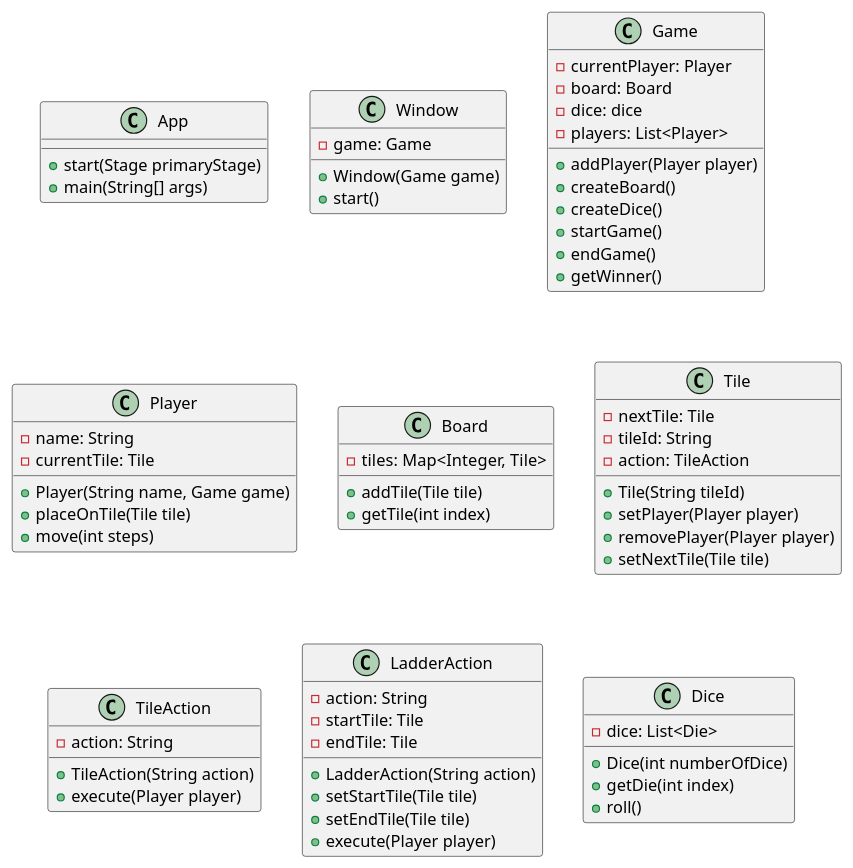
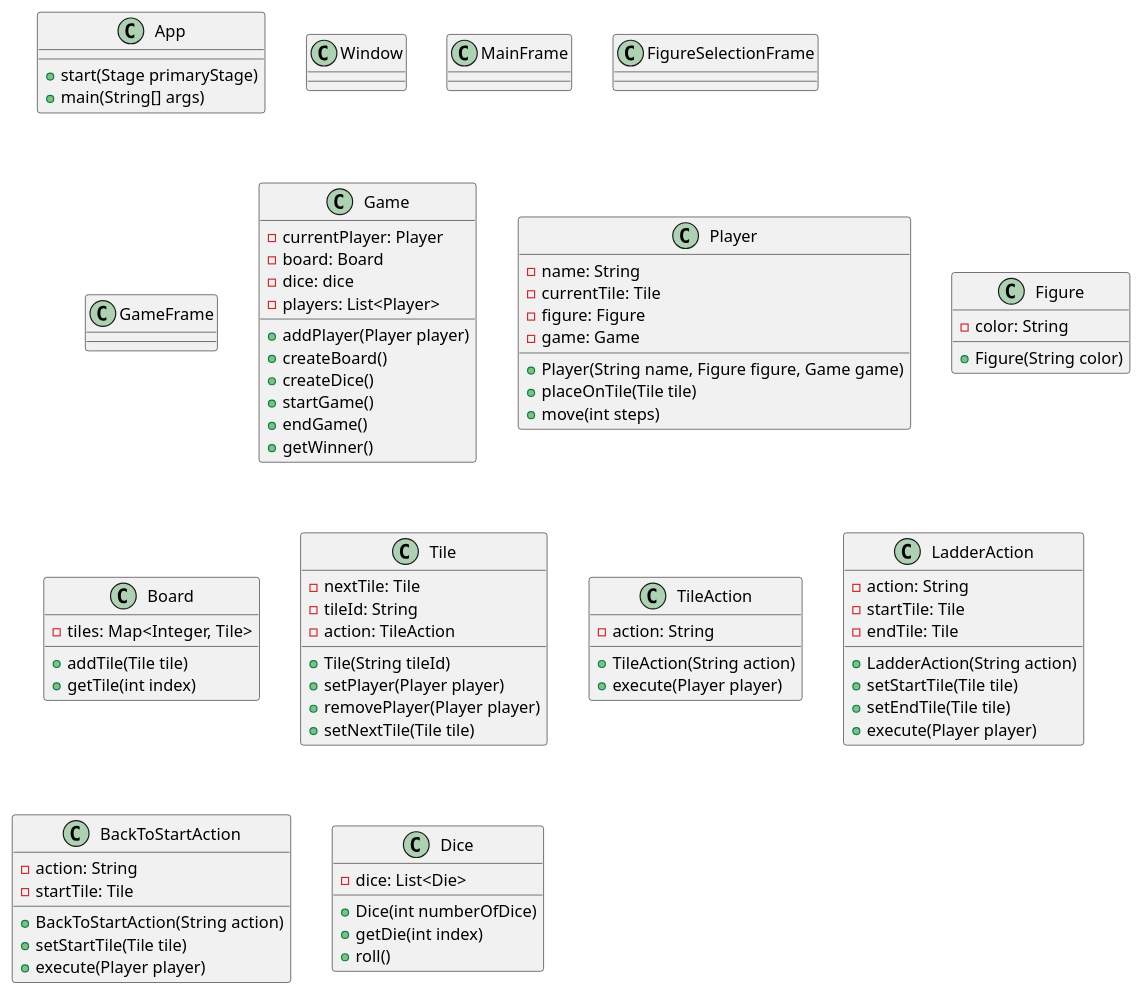
Before and after one commit to Segward/ladder-game: the diagram in classdiagram.puml, drawn with PlantUML. The commit also changed 1 other file, not shown here.

Commit message:
Made a new classdiagram2

```diff
--- a/classdiagram.puml
+++ b/classdiagram.puml
@@ -1,74 +1,99 @@
 @startuml
 
 class App {
     +start(Stage primaryStage)
     +main(String[] args)
 }
 
 class Window {
-    -game: Game
-    +Window(Game game)
-    +start()
+
+}
+
+class MainFrame {
+
+}
+
+class FigureSelectionFrame {
+
+}
+
+class GameFrame {
+
 }
 
 class Game {
     -currentPlayer: Player
     -board: Board
     -dice: dice
     -players: List<Player>
     +addPlayer(Player player)
     +createBoard()
     +createDice()
     +startGame()
     +endGame()
     +getWinner()
 }
 
 class Player {
     -name: String
     -currentTile: Tile
-    +Player(String name, Game game)
+    -figure: Figure
+    -game: Game
+    +Player(String name, Figure figure, Game game)
     +placeOnTile(Tile tile)
     +move(int steps)
+}
+
+class Figure {
+    -color: String
+    +Figure(String color)
 }
 
 class Board {
     -tiles: Map<Integer, Tile>
     +addTile(Tile tile)
     +getTile(int index)
 }
 
 class Tile {
     -nextTile: Tile
     -tileId: String
     -action: TileAction
     +Tile(String tileId)
     +setPlayer(Player player)
     +removePlayer(Player player)
     +setNextTile(Tile tile)
 }
 
 class TileAction {
     -action: String
     +TileAction(String action)
     +execute(Player player)
 }
 
 class LadderAction {
     -action: String
     -startTile: Tile
     -endTile: Tile
     +LadderAction(String action)
     +setStartTile(Tile tile)
     +setEndTile(Tile tile)
     +execute(Player player)
 }
 
+class BackToStartAction {
+    -action: String
+    -startTile: Tile
+    +BackToStartAction(String action)
+    +setStartTile(Tile tile)
+    +execute(Player player)
+}
+
 class Dice {
     -dice: List<Die>
     +Dice(int numberOfDice)
     +getDie(int index)
     +roll()
 }
 
 @enduml
```
